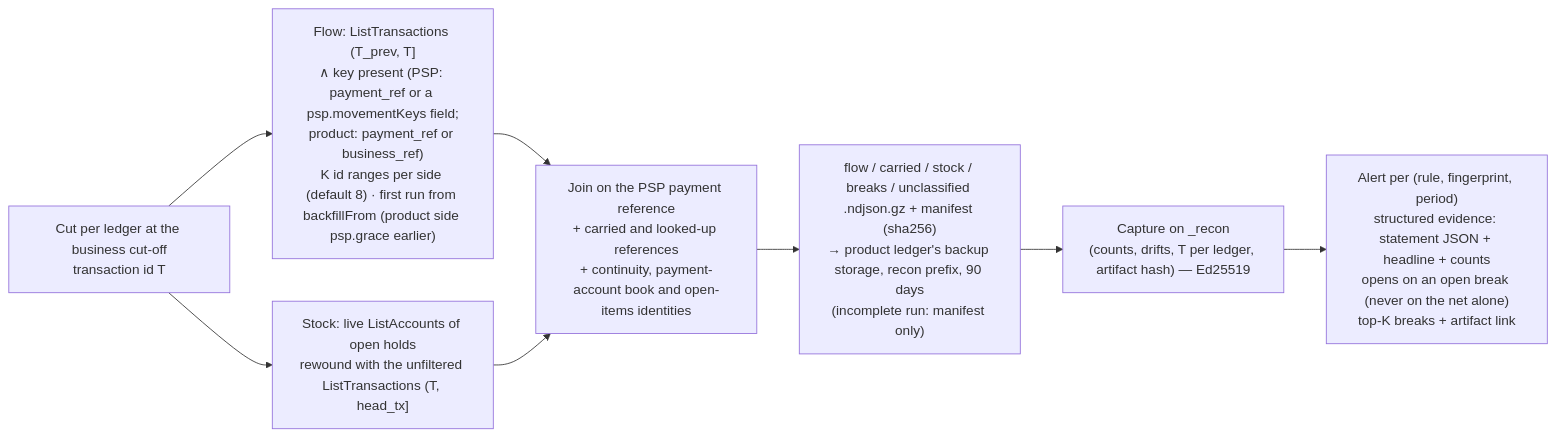
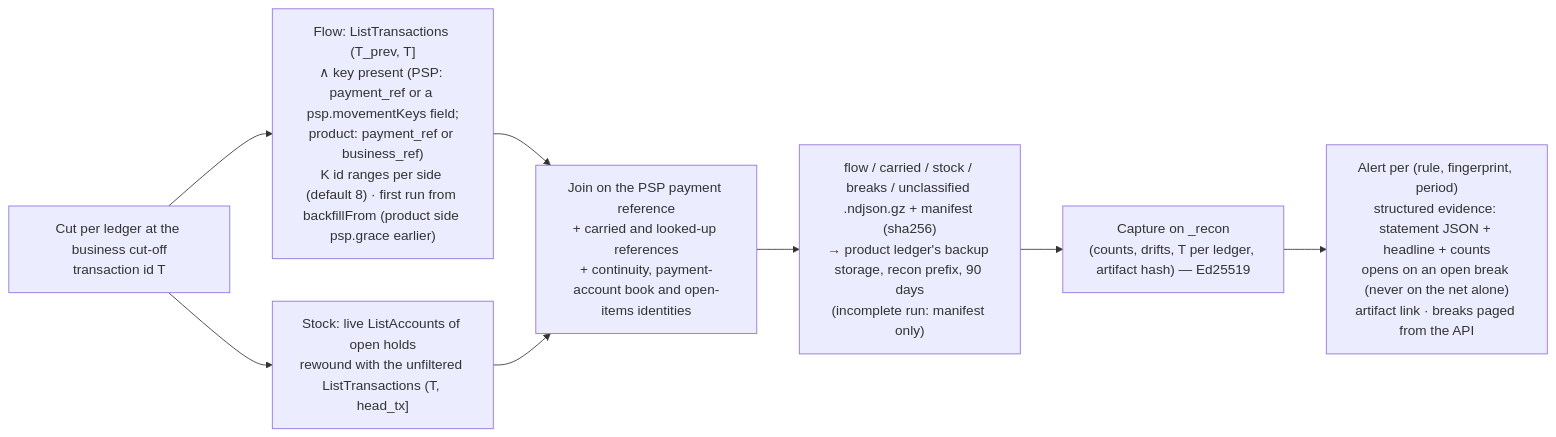
The ninth of 9 diagrams in docs/technical/workflows.md (formancehq/reconciliation), drawn with Mermaid before and after one commit. The commit also changed 26 other files, not shown here.

````diff
--- a/docs/technical/workflows.md
+++ b/docs/technical/workflows.md
@@ -326,10 +326,10 @@
 ```mermaid
 flowchart LR
     Cut["Cut per ledger at the business cut-off<br/>transaction id T"] --> Flow["Flow: ListTransactions (T_prev, T]<br/>∧ key present (PSP: payment_ref or a psp.movementKeys field;<br/>product: payment_ref or business_ref)<br/>K id ranges per side (default 8) · first run from backfillFrom (product side psp.grace earlier)"]
     Cut --> Stock["Stock: live ListAccounts of open holds<br/>rewound with the unfiltered ListTransactions (T, head_tx]"]
     Flow --> Join["Join on the PSP payment reference<br/>+ carried and looked-up references<br/>+ continuity, payment-account book and open-items identities"]
     Stock --> Join
     Join --> Art["flow / carried / stock / breaks / unclassified .ndjson.gz + manifest (sha256)<br/>→ product ledger's backup storage, recon prefix, 90 days<br/>(incomplete run: manifest only)"]
     Art --> Cap["Capture on _recon<br/>(counts, drifts, T per ledger, artifact hash) — Ed25519"]
-    Cap --> Alert["Alert per (rule, fingerprint, period)<br/>structured evidence: statement JSON + headline + counts<br/>opens on an open break (never on the net alone)<br/>top-K breaks + artifact link"]
+    Cap --> Alert["Alert per (rule, fingerprint, period)<br/>structured evidence: statement JSON + headline + counts<br/>opens on an open break (never on the net alone)<br/>artifact link · breaks paged from the API"]
 ```
````
